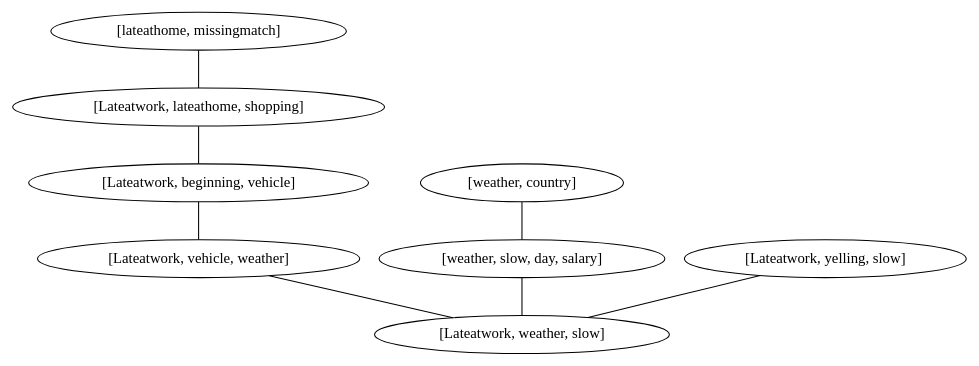
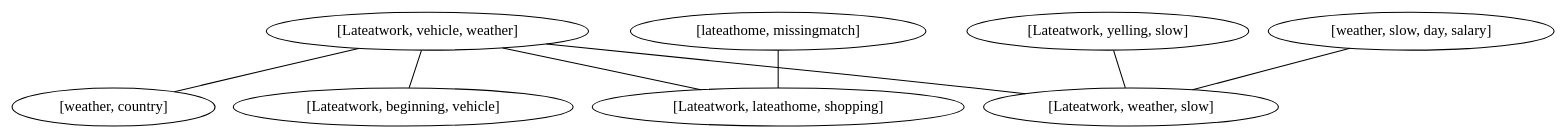
The diagram in integration/testGeneratedCliqueTreeBeliefPropagationMarginal.dot (ThorbenLindhauer/graphical-models), drawn with Graphviz before and after one commit. The commit also changed 34 other files, not shown here.

```diff
--- a/integration/testGeneratedCliqueTreeBeliefPropagationMarginal.dot
+++ b/integration/testGeneratedCliqueTreeBeliefPropagationMarginal.dot
@@ -1,16 +1,16 @@
-graph {1717445911 [label="[lateathome, missingmatch]" ];
-504800119 [label="[weather, country]" ];
-1725551057 [label="[Lateatwork, lateathome, shopping]" ];
-2005099813 [label="[weather, slow, day, salary]" ];
-876809519 [label="[Lateatwork, beginning, vehicle]" ];
-785726850 [label="[Lateatwork, yelling, slow]" ];
-834222547 [label="[Lateatwork, weather, slow]" ];
-1399168367 [label="[Lateatwork, vehicle, weather]" ];
-785726850 -- 834222547;
-1717445911 -- 1725551057;
-1399168367 -- 834222547;
-2005099813 -- 834222547;
-1725551057 -- 876809519;
+graph {504800119 [label="[Lateatwork, vehicle, weather]" ];
+1204923255 [label="[weather, country]" ];
+1615194383 [label="[Lateatwork, beginning, vehicle]" ];
+2005099813 [label="[Lateatwork, yelling, slow]" ];
+876809519 [label="[weather, slow, day, salary]" ];
+231213354 [label="[lateathome, missingmatch]" ];
+834222547 [label="[Lateatwork, lateathome, shopping]" ];
+1399168367 [label="[Lateatwork, weather, slow]" ];
+504800119 -- 1204923255;
+504800119 -- 1399168367;
+2005099813 -- 1399168367;
+231213354 -- 834222547;
+504800119 -- 834222547;
+504800119 -- 1615194383;
 876809519 -- 1399168367;
-504800119 -- 2005099813;
 }
```
